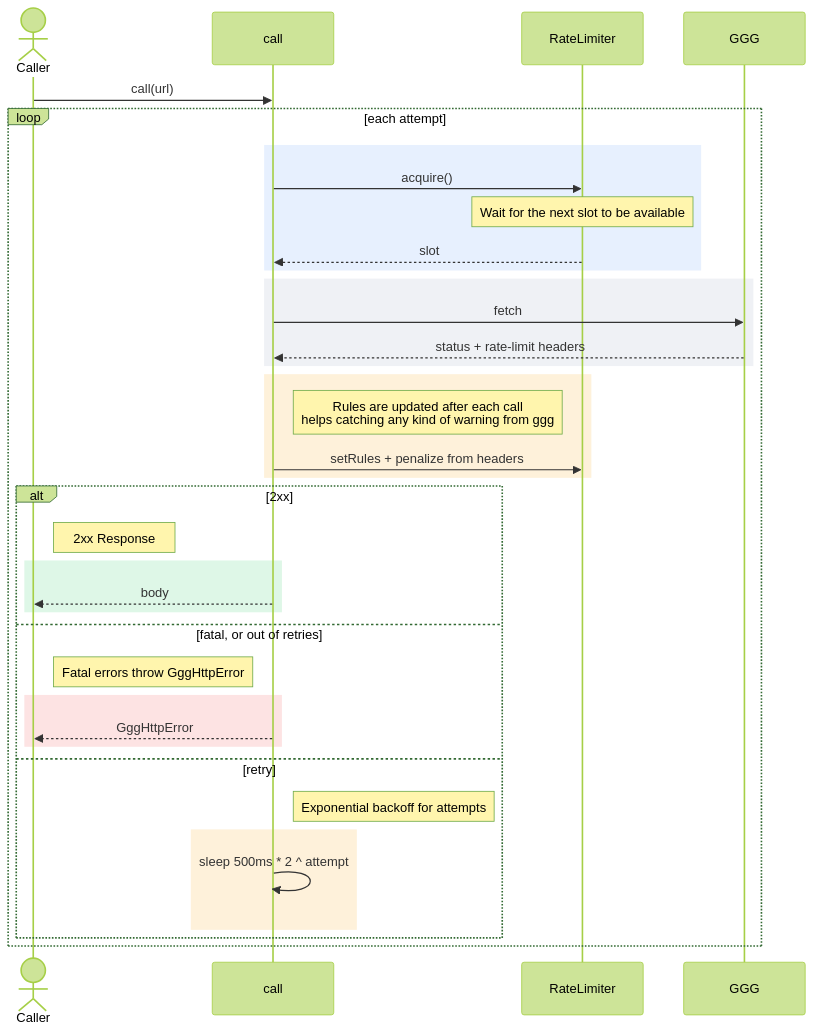
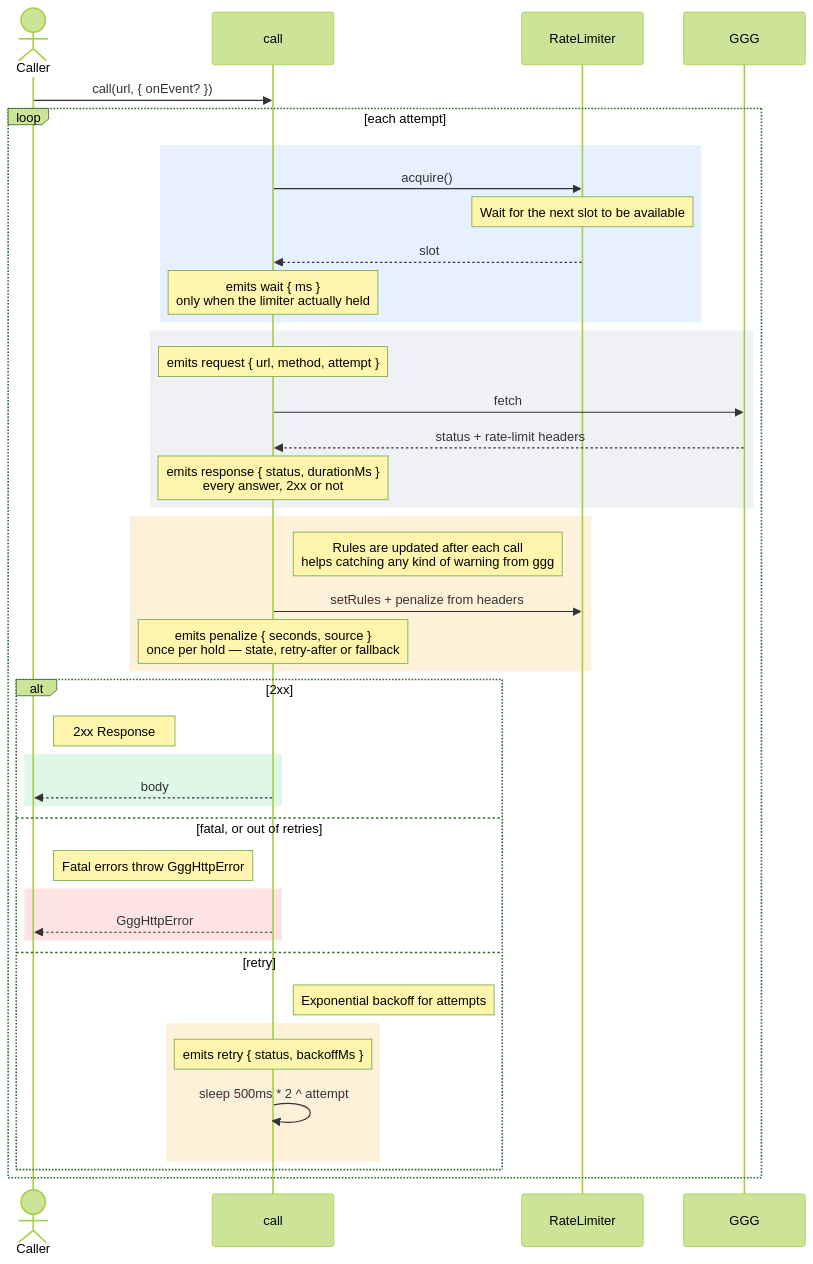
One commit to andreicaminschi/poe-stuff changed the diagram in packages/ggg/docs/call.mmd. Above: the diagram before and after it, drawn with Mermaid (forest theme). The commit also changed 3 other files, not shown here.

```diff
--- a/packages/ggg/docs/call.mmd
+++ b/packages/ggg/docs/call.mmd
@@ -1,43 +1,50 @@
 sequenceDiagram
     %% blue = wait, grey = network, amber = limits back, green = body, red = error
+    %% onEvent gets no lifeline: it is the caller's own callback, run inline on this
+    %% stack, so it is an annotation on each phase rather than a party to the exchange.
     actor Caller
     participant Call as call
     participant Limiter as RateLimiter
     participant API as GGG
 
-    Caller->>Call: call(url)
+    Caller->>Call: call(url, { onEvent? })
 
     loop each attempt
         rect rgba(59, 130, 246, 0.12)
             Call->>Limiter: acquire()
             Note over Limiter: Wait for the next slot to be available
             Limiter-->>Call: slot
+            Note over Call: emits wait { ms }<br/>only when the limiter actually held
         end
 
         rect rgba(148, 163, 184, 0.15)
+            Note over Call: emits request { url, method, attempt }
             Call->>API: fetch
             API-->>Call: status + rate-limit headers
+            Note over Call: emits response { status, durationMs }<br/>every answer, 2xx or not
         end
 
         rect rgba(245, 158, 11, 0.15)
             Note right of Call: Rules are updated after each call<br/>helps catching any kind of warning from ggg
             Call->>Limiter: setRules + penalize from headers
+            Note over Call: emits penalize { seconds, source }<br/>once per hold — state, retry-after or fallback
         end
 
         alt 2xx
             Note right of Caller: 2xx Response
             rect rgba(34, 197, 94, 0.15)
                 Call-->>Caller: body
             end
         else fatal, or out of retries
             Note right of Caller: Fatal errors throw GggHttpError
             rect rgba(239, 68, 68, 0.15)
                 Call-->>Caller: GggHttpError
             end
         else retry
             Note right of Call: Exponential backoff for attempts
             rect rgba(245, 158, 11, 0.15)
+                Note over Call: emits retry { status, backoffMs }
                 Call->>Call: sleep 500ms * 2 ^ attempt
             end
         end
     end
```
